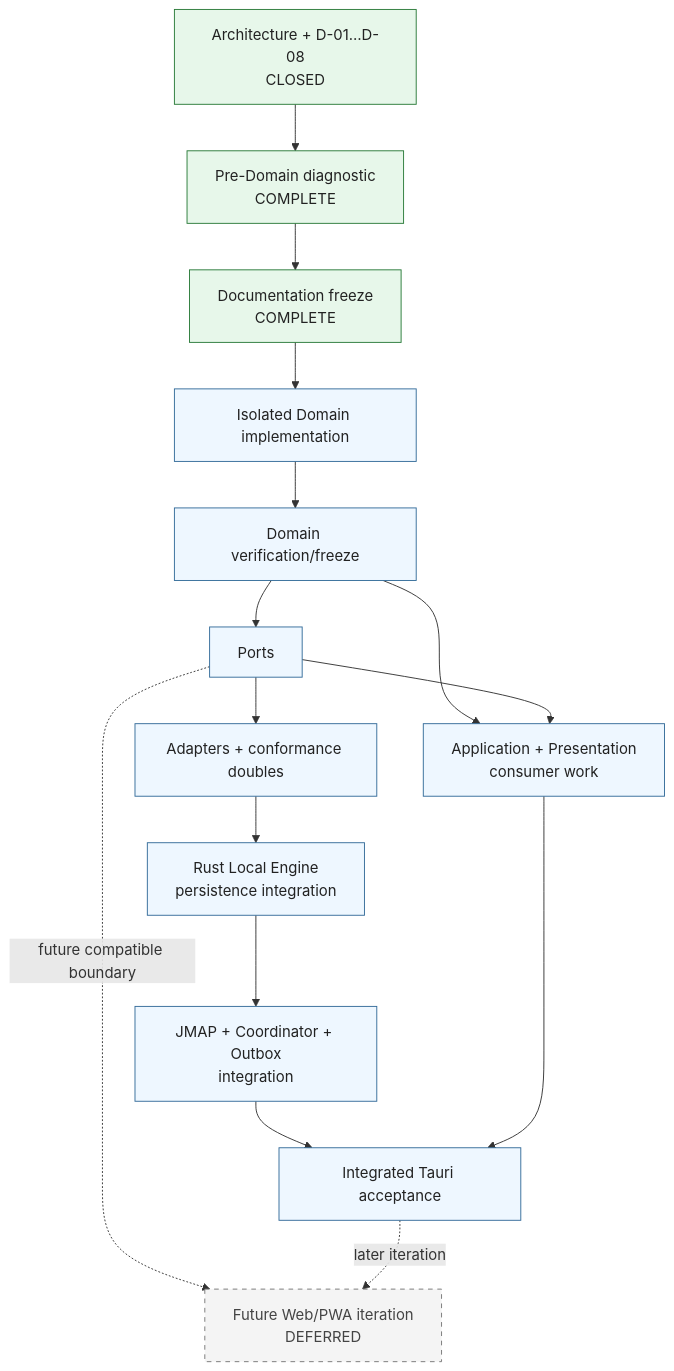
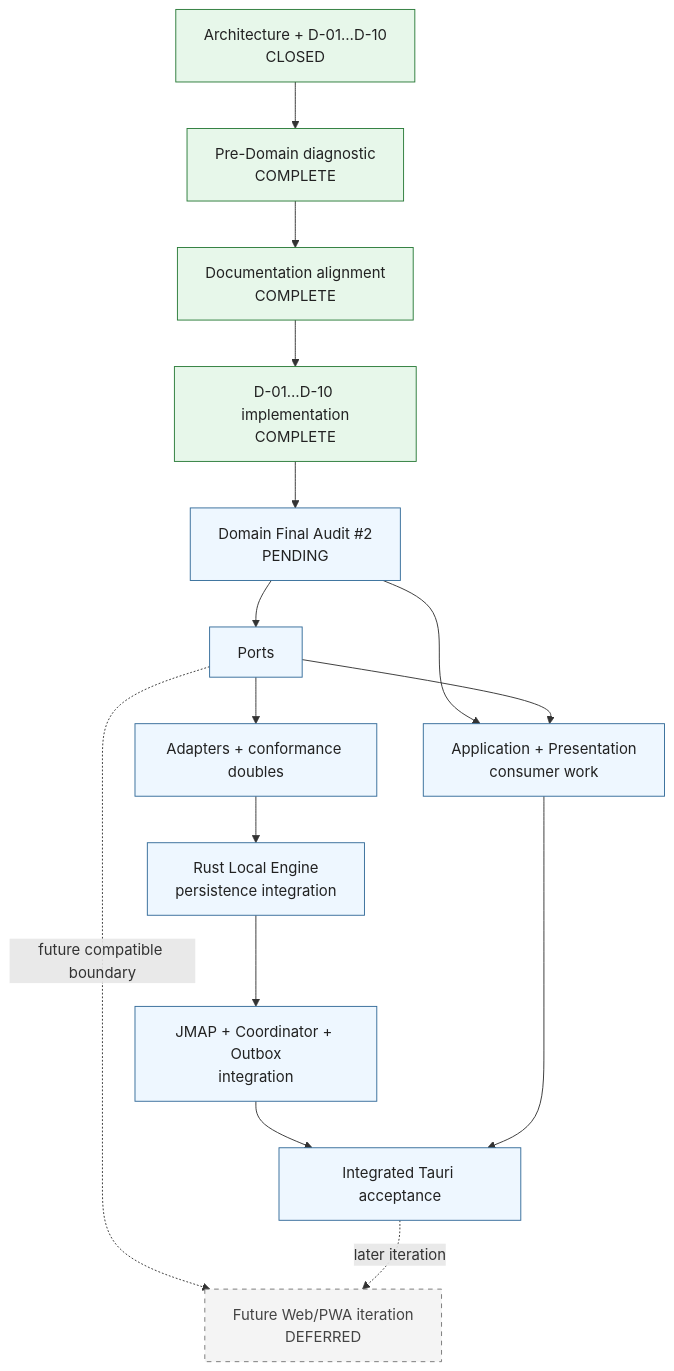
One commit to sebastiandperez/Correo-Boxplot changed the diagram in docs/planning/roadmap.md. Above: the diagram before and after it, drawn with Mermaid. The commit also changed other lines of this file and 8 other files, not shown here.

````diff
--- a/docs/planning/roadmap.md
+++ b/docs/planning/roadmap.md
@@ -52,29 +52,29 @@
 ```mermaid
 flowchart TD
-    Decisions["Architecture + D-01…D-08<br/>CLOSED"]
+    Decisions["Architecture + D-01…D-10<br/>CLOSED"]
     Diagnostic["Pre-Domain diagnostic<br/>COMPLETE"]
-    Docs["Documentation freeze<br/>COMPLETE"]
-    Domain["Isolated Domain implementation"]
-    DomainGate["Domain verification/freeze"]
+    Docs["Documentation alignment<br/>COMPLETE"]
+    Domain["D-01…D-10 implementation<br/>COMPLETE"]
+    DomainGate["Domain Final Audit #2<br/>PENDING"]
     Ports["Ports"]
     Adapters["Adapters + conformance doubles"]
     Engine["Rust Local Engine<br/>persistence integration"]
     Remote["JMAP + Coordinator + Outbox<br/>integration"]
     App["Application + Presentation<br/>consumer work"]
     Acceptance["Integrated Tauri acceptance"]
     FutureWeb["Future Web/PWA iteration<br/>DEFERRED"]
 
     Decisions --> Diagnostic --> Docs --> Domain --> DomainGate --> Ports --> Adapters --> Engine --> Remote --> Acceptance
     DomainGate --> App
     Ports --> App
     App --> Acceptance
     Ports -.->|"future compatible boundary"| FutureWeb
     Acceptance -.->|"later iteration"| FutureWeb
 
     classDef closed fill:#e7f7ea,stroke:#297a38,color:#222;
     classDef active fill:#eef7ff,stroke:#336b99,color:#222;
     classDef deferred fill:#f4f4f4,stroke:#777,stroke-dasharray:5 5,color:#444;
-    class Decisions,Diagnostic,Docs closed;
-    class Domain,DomainGate,Ports,Adapters,Engine,Remote,App,Acceptance active;
+    class Decisions,Diagnostic,Docs,Domain closed;
+    class DomainGate,Ports,Adapters,Engine,Remote,App,Acceptance active;
     class FutureWeb deferred;
 ```
````
